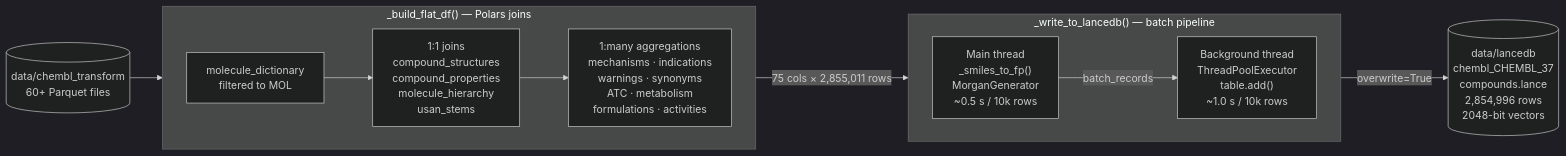
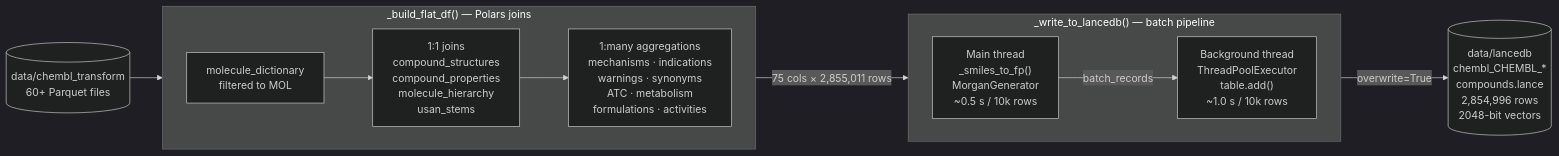
Before and after one commit to AymanSulaiman/chem_mlops: the diagram in app/scripts/flows/vector_store/README.md, drawn with Mermaid (dark theme). The commit also changed other lines of this file, not shown here.

````diff
--- a/app/scripts/flows/vector_store/README.md
+++ b/app/scripts/flows/vector_store/README.md
@@ -111,21 +58,21 @@
 ```mermaid
 flowchart LR
     PQ[(data/chembl_transform\n60+ Parquet files)]
 
     subgraph build ["_build_flat_df()  —  Polars joins"]
         direction LR
         B1[molecule_dictionary\nfiltered to MOL] --> J1[1:1 joins\ncompound_structures\ncompound_properties\nmolecule_hierarchy\nusan_stems]
         J1 --> J2[1:many aggregations\nmechanisms · indications\nwarnings · synonyms\nATC · metabolism\nformulations · activities]
     end
 
     subgraph write ["_write_to_lancedb()  —  batch pipeline"]
         direction LR
         FP["Main thread\n_smiles_to_fp()\nMorganGenerator\n~0.5 s / 10k rows"] -->|batch_records| TH["Background thread\nThreadPoolExecutor\ntable.add()\n~1.0 s / 10k rows"]
     end
 
-    LDB[(data/lancedb\nchembl_CHEMBL_37\ncompounds.lance\n2,854,996 rows\n2048-bit vectors)]
+    LDB[(data/lancedb\nchembl_CHEMBL_*\ncompounds.lance\n2,854,996 rows\n2048-bit vectors)]
 
     PQ --> build
     build -->|"75 cols × 2,855,011 rows"| write
     write -->|overwrite=True| LDB
 ```
````
